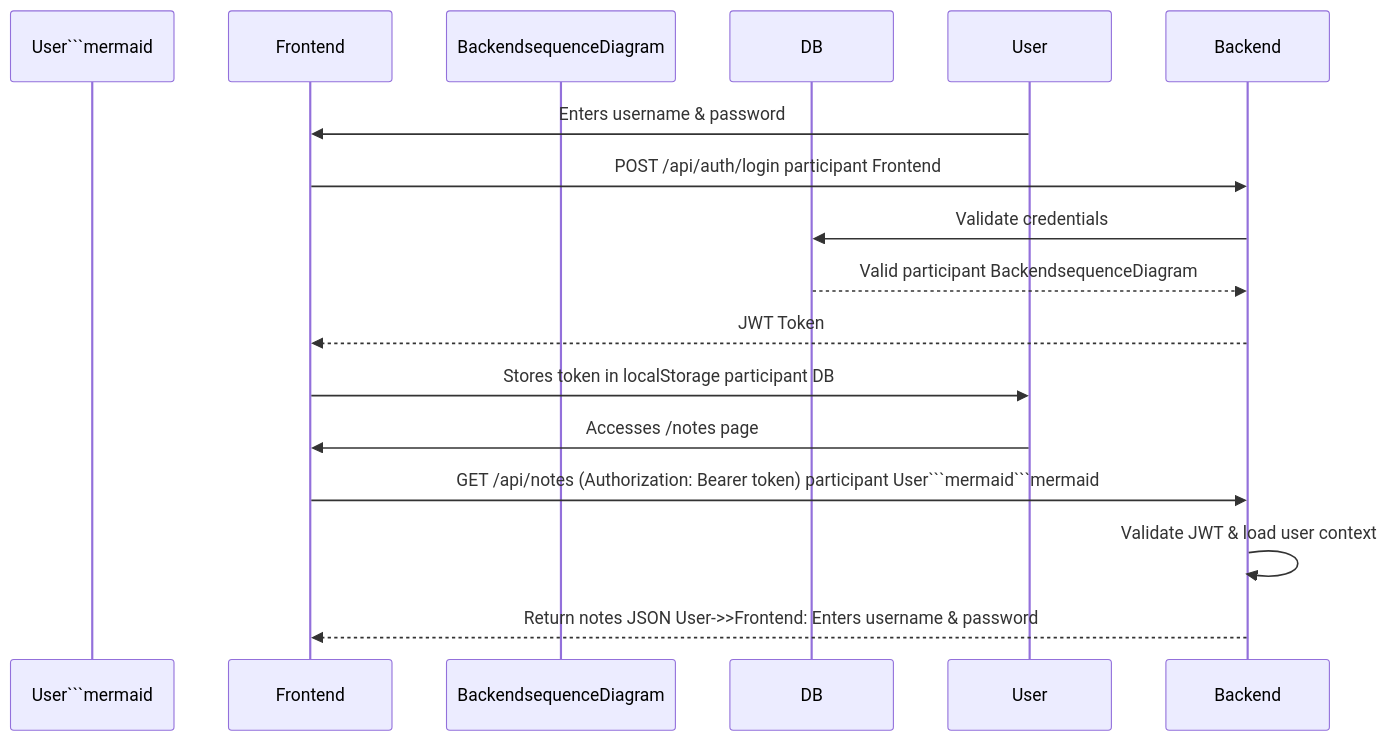
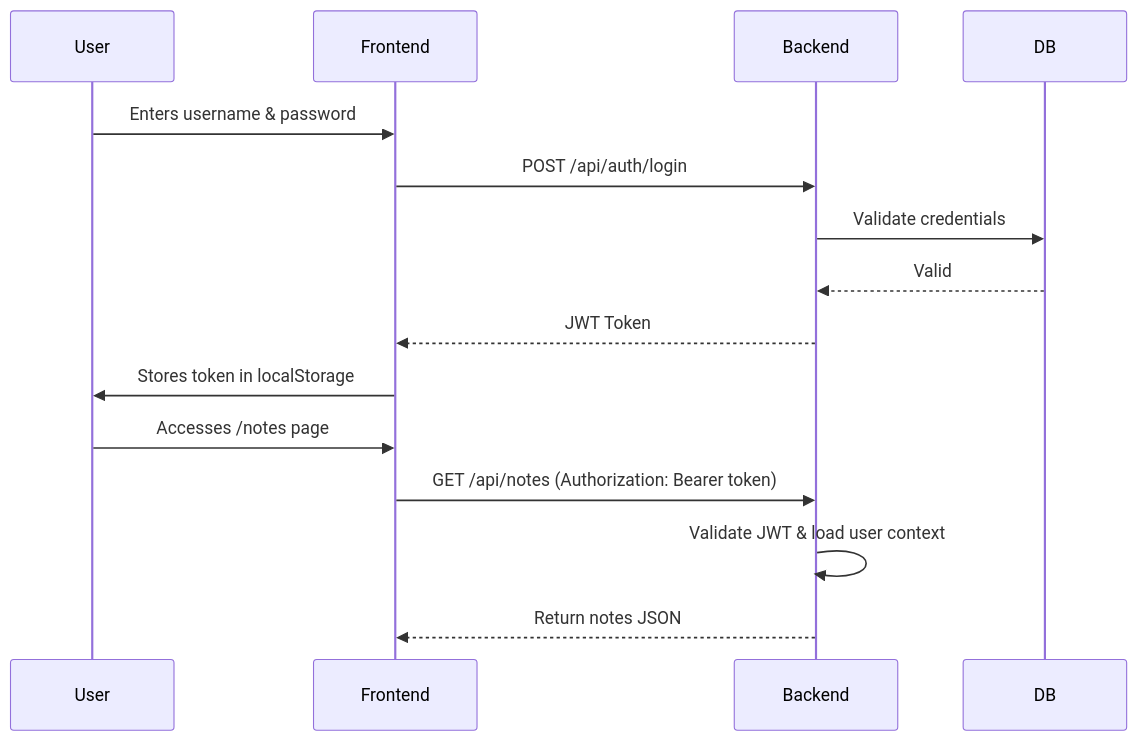
One commit to MartinCarrizo09/notes-app changed the diagram in docs/auth-flow.md. Above: the diagram before and after it, drawn with Mermaid. The commit also changed other lines of this file and 3 other files, not shown here.

````diff
--- a/docs/auth-flow.md
+++ b/docs/auth-flow.md
@@ -5,35 +3,18 @@
 ```mermaid
-
 sequenceDiagram
-
-  participant User```mermaid
-
+  participant User
   participant Frontend
-
-  participant BackendsequenceDiagram
-
+  participant Backend
   participant DB
 
-  participant User```mermaid
-
   User->>Frontend: Enters username & password
-
-  Frontend->>Backend: POST /api/auth/login  participant Frontend
-
+  Frontend->>Backend: POST /api/auth/login
   Backend->>DB: Validate credentials
-
-  DB-->>Backend: Valid  participant BackendsequenceDiagram
-
+  DB-->>Backend: Valid
   Backend-->>Frontend: JWT Token
-
-  Frontend->>User: Stores token in localStorage  participant DB
-
+  Frontend->>User: Stores token in localStorage
   User->>Frontend: Accesses /notes page
-
-  Frontend->>Backend: GET /api/notes (Authorization: Bearer token)  participant User```mermaid```mermaid
-
+  Frontend->>Backend: GET /api/notes (Authorization: Bearer token)
   Backend->>Backend: Validate JWT & load user context
-
-  Backend-->>Frontend: Return notes JSON  User->>Frontend: Enters username & password
-
+  Backend-->>Frontend: Return notes JSON
 ```
````
